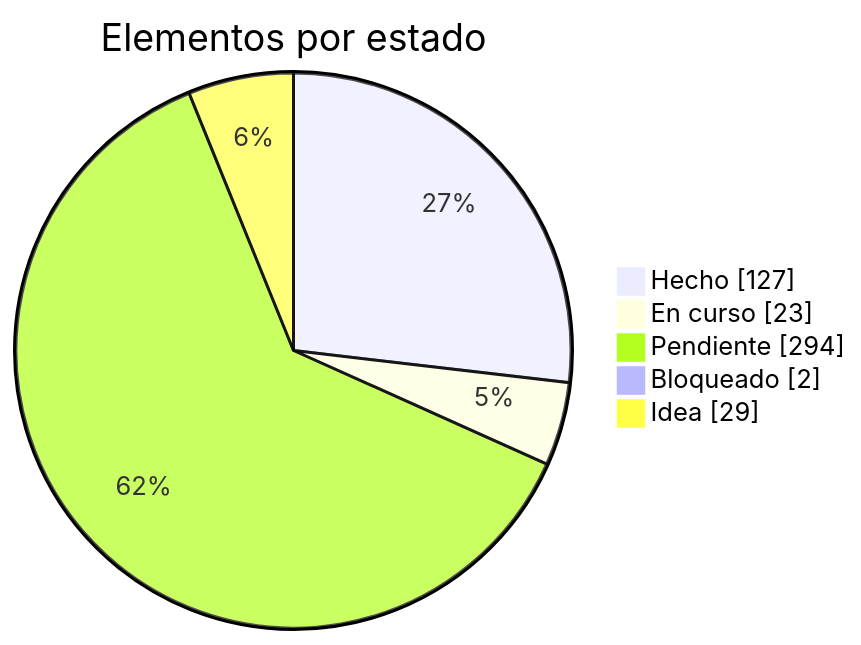
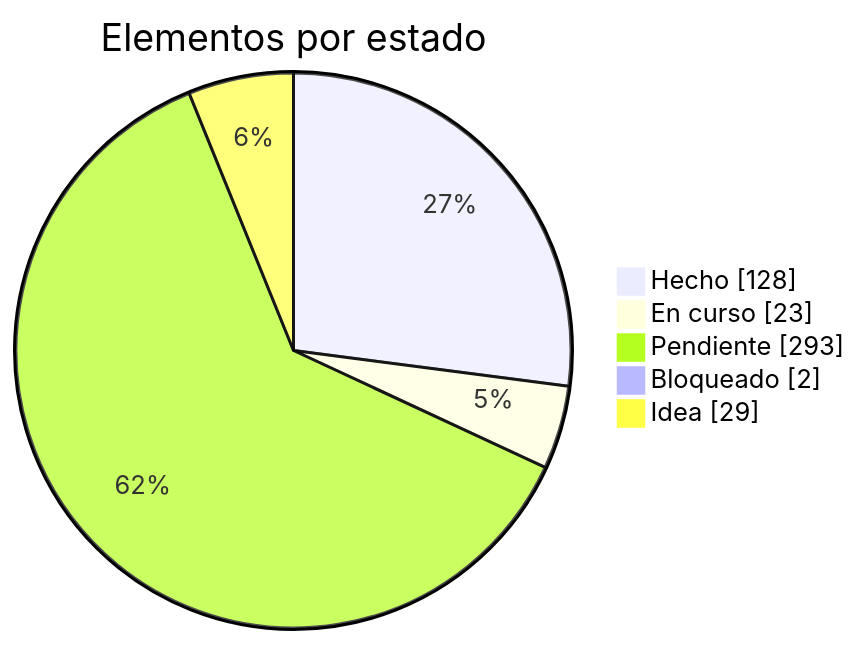
The first of 2 diagrams in docs/roadmap.md (dariogea/BM27), drawn with Mermaid before and after one commit. The commit also changed other lines of this file and 15 other files, not shown here.

````diff
--- a/docs/roadmap.md
+++ b/docs/roadmap.md
@@ -13,8 +13,8 @@
 ```mermaid
 pie showData title Elementos por estado
-  "Hecho" : 127
+  "Hecho" : 128
   "En curso" : 23
-  "Pendiente" : 294
+  "Pendiente" : 293
   "Bloqueado" : 2
   "Idea" : 29
 ```
````
